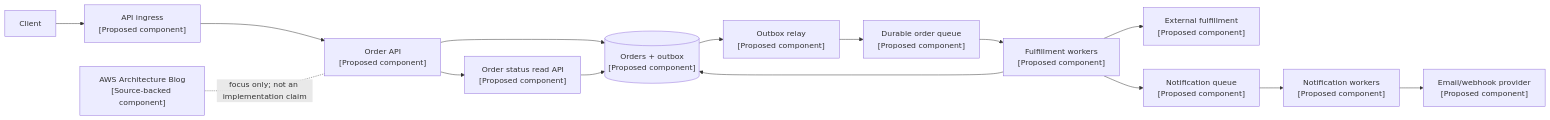
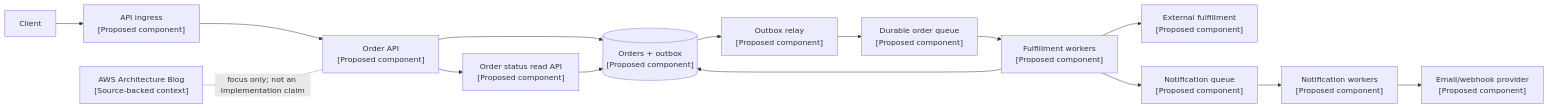
The diagram in src/data/blog/en/system-design/aws-architecture-patterns.md (hungpt99-dev/java-guru), drawn with Mermaid before and after one commit. The commit also changed other lines of this file and 1 other file, not shown here.

````diff
--- a/src/data/blog/en/system-design/aws-architecture-patterns.md
+++ b/src/data/blog/en/system-design/aws-architecture-patterns.md
@@ -41,18 +41,18 @@
 ```mermaid
 flowchart LR
-    SRC["AWS Architecture Blog\n[Source-backed component]"]
+    SRC["AWS Architecture Blog\n[Source-backed context]"]
     C["Client"] --> G["API ingress\n[Proposed component]"]
     G --> R["Order API\n[Proposed component]"]
     R --> DB[("Orders + outbox\n[Proposed component]")]
     DB --> O["Outbox relay\n[Proposed component]"]
     O --> Q["Durable order queue\n[Proposed component]"]
     Q --> W["Fulfillment workers\n[Proposed component]"]
     W --> DB
     W --> E["External fulfillment\n[Proposed component]"]
     W --> NQ["Notification queue\n[Proposed component]"]
     NQ --> N["Notification workers\n[Proposed component]"]
     N --> P["Email/webhook provider\n[Proposed component]"]
     R --> READ["Order status read API\n[Proposed component]"]
     READ --> DB
     SRC -. "focus only; not an implementation claim" .- R
 ```
````
